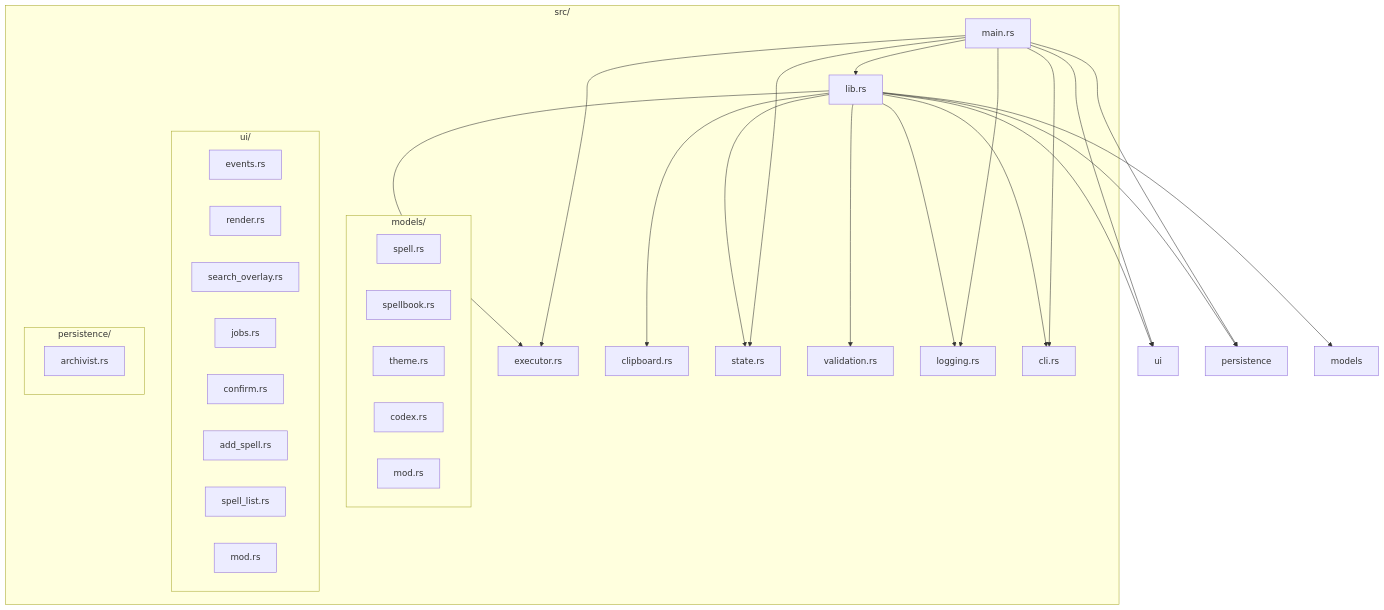
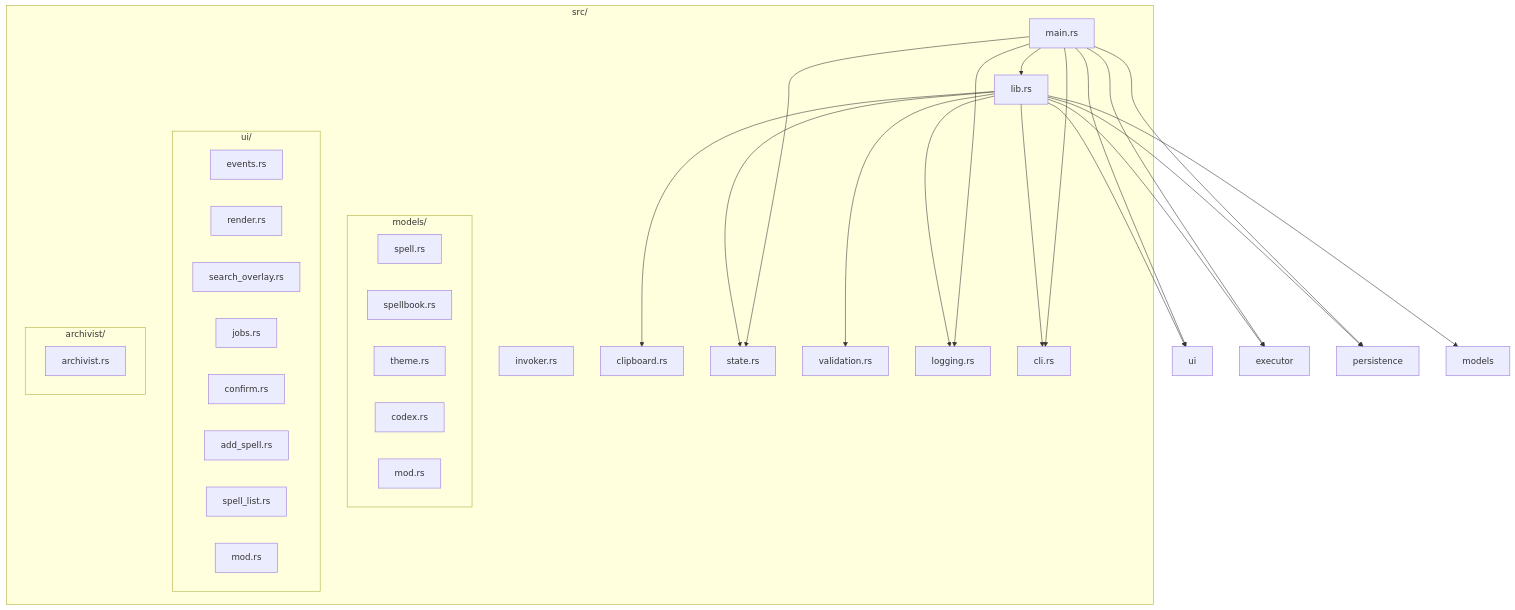
The first of 9 diagrams in docs/diagrams.md (mxapd/spellbook), drawn with Mermaid before and after one commit. The commit also changed other lines of this file and 21 other files, not shown here.

````diff
--- a/docs/diagrams.md
+++ b/docs/diagrams.md
@@ -7,55 +7,55 @@
 ```mermaid
 graph TB
     subgraph "src/"
         main["main.rs"]
         lib["lib.rs"]
         
         subgraph "models/"
             spell["spell.rs"]
             spellbook["spellbook.rs"]
             theme["theme.rs"]
             codex["codex.rs"]
             mod_models["mod.rs"]
         end
         
         subgraph "ui/"
             events["events.rs"]
             render["render.rs"]
             search_overlay["search_overlay.rs"]
             jobs["jobs.rs"]
             confirm["confirm.rs"]
             add_spell["add_spell.rs"]
             spell_list["spell_list.rs"]
             mod_ui["mod.rs"]
         end
         
-        subgraph "persistence/"
+        subgraph "archivist/"
             archivist["archivist.rs"]
         end
         
-        executor["executor.rs"]
+        invoker["invoker.rs"]
         clipboard["clipboard.rs"]
         state["state.rs"]
         validation["validation.rs"]
         logging["logging.rs"]
         cli["cli.rs"]
     end
     
     main --> lib
     main --> state
     main --> ui
     main --> executor
     main --> persistence
     main --> cli
     main --> logging
     
     lib --> models
     lib --> ui
     lib --> persistence
     lib --> validation
     lib --> executor
     lib --> clipboard
     lib --> state
     lib --> logging
     lib --> cli
 ```
````
